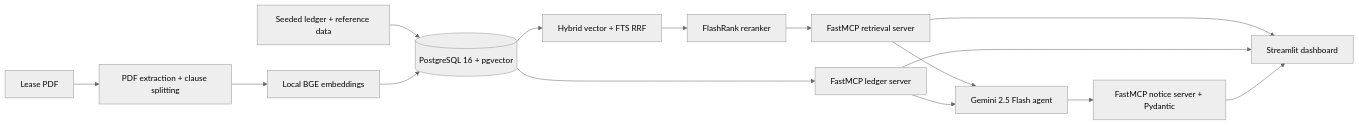
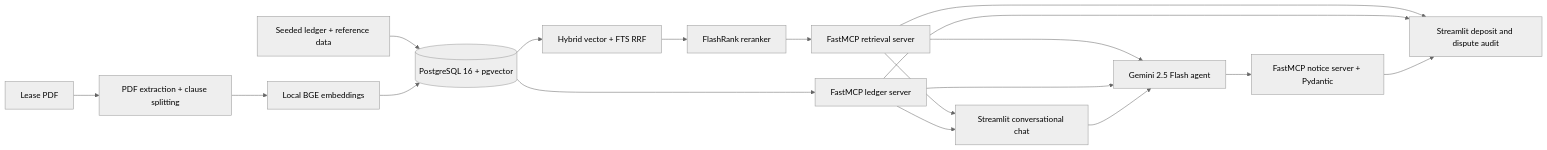
Before and after one commit to gittarsem/leaselens: the diagram in README.md, drawn with Mermaid (neutral theme). The commit also changed other lines of this file and 8 other files, not shown here.

````diff
--- a/README.md
+++ b/README.md
@@ -9,17 +9,20 @@
 ```mermaid
 flowchart LR
   PDF[Lease PDF] --> ING[PDF extraction + clause splitting]
   SQL[Seeded ledger + reference data] --> DB[(PostgreSQL 16 + pgvector)]
   ING --> EMB[Local BGE embeddings]
   EMB --> DB
   DB --> RAG[Hybrid vector + FTS RRF]
   RAG --> RR[FlashRank reranker]
   RR --> MCP1[FastMCP retrieval server]
   DB --> MCP2[FastMCP ledger server]
   MCP1 --> GEM[Gemini 2.5 Flash agent]
   MCP2 --> GEM
   GEM --> MCP3[FastMCP notice server + Pydantic]
-  MCP1 --> UI[Streamlit dashboard]
+  MCP1 --> CHAT[Streamlit conversational chat]
+  MCP2 --> CHAT
+  CHAT --> GEM
+  MCP1 --> UI[Streamlit deposit and dispute audit]
   MCP2 --> UI
   MCP3 --> UI
 ```
````
